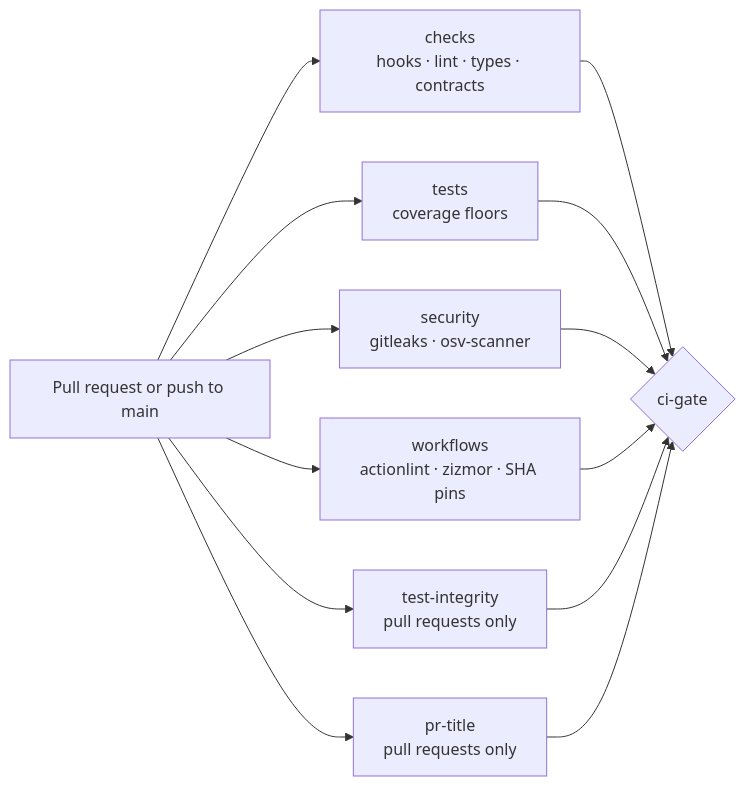
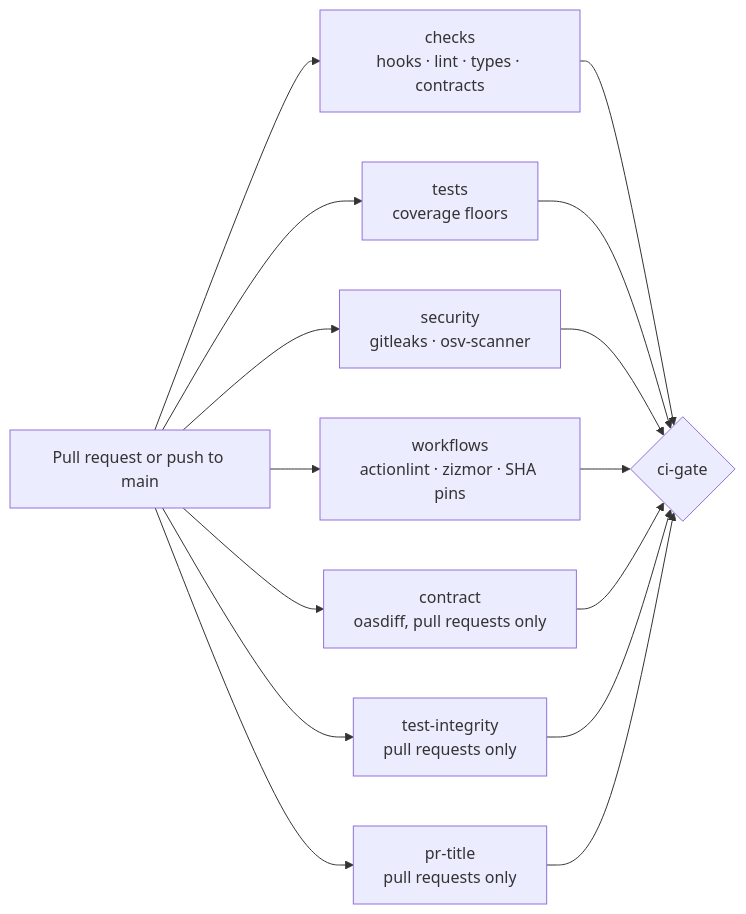
One commit to Tzvi1234/htco-platform changed the third of 3 diagrams in docs/features/platform-skeleton/design.md. Above: the diagram before and after it, drawn with Mermaid. The commit also changed other lines of this file and 19 other files, not shown here.

````diff
--- a/docs/features/platform-skeleton/design.md
+++ b/docs/features/platform-skeleton/design.md
@@ -88,10 +94,11 @@
 ```mermaid
 flowchart LR
   pr[Pull request or push to main] --> checks[checks<br/>hooks · lint · types · contracts]
   pr --> tests[tests<br/>coverage floors]
   pr --> security[security<br/>gitleaks · osv-scanner]
   pr --> workflows[workflows<br/>actionlint · zizmor · SHA pins]
+  pr --> contract[contract<br/>oasdiff, pull requests only]
   pr --> integrity[test-integrity<br/>pull requests only]
   pr --> title[pr-title<br/>pull requests only]
-  checks & tests & security & workflows & integrity & title --> gate{ci-gate}
+  checks & tests & security & workflows & contract & integrity & title --> gate{ci-gate}
 ```
````
